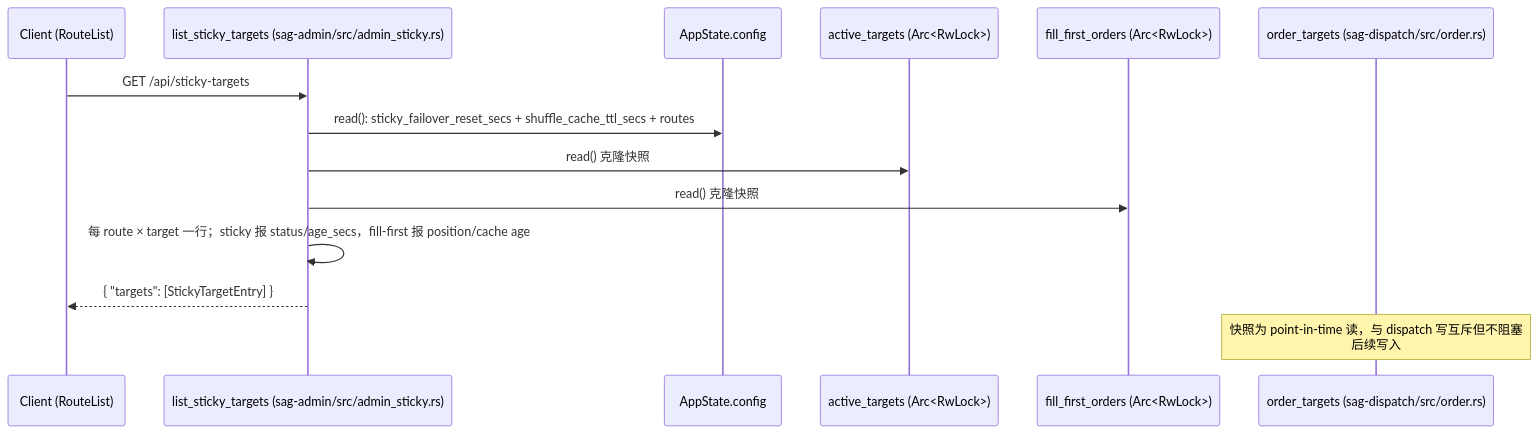
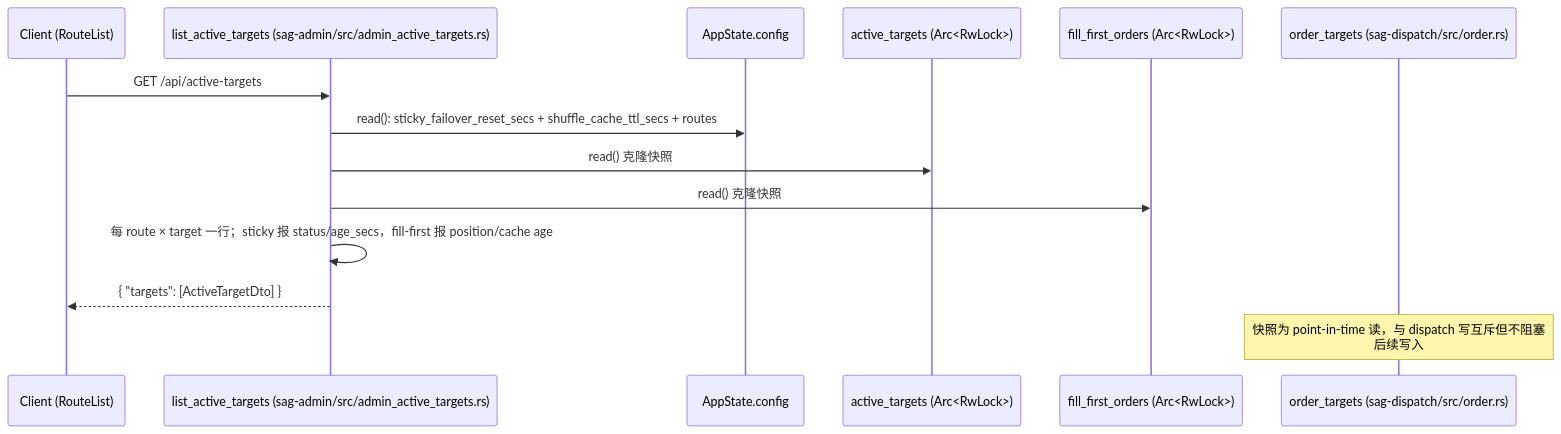
The first of 2 diagrams in docs/spec/sticky-targets-observability/spec.md (rainbowatcher/sag), drawn with Mermaid before and after one commit. The commit also changed other lines of this file and 10 other files, not shown here.

First line of the commit message:
refactor(admin,ui,docs): rename sticky-targets endpoint to active-targets

````diff
--- a/docs/spec/sticky-targets-observability/spec.md
+++ b/docs/spec/sticky-targets-observability/spec.md
@@ -53,17 +53,17 @@
 ```mermaid
 sequenceDiagram
     participant C as Client (RouteList)
-    participant H as list_sticky_targets (sag-admin/src/admin_sticky.rs)
+    participant H as list_active_targets (sag-admin/src/admin_active_targets.rs)
     participant CFG as AppState.config
     participant AT as active_targets (Arc<RwLock>)
     participant FO as fill_first_orders (Arc<RwLock>)
     participant OD as order_targets (sag-dispatch/src/order.rs)
 
-    C->>H: GET /api/sticky-targets
+    C->>H: GET /api/active-targets
     H->>CFG: read(): sticky_failover_reset_secs + shuffle_cache_ttl_secs + routes
     H->>AT: read() 克隆快照
     H->>FO: read() 克隆快照
     H->>H: 每 route × target 一行；sticky 报 status/age_secs，fill-first 报 position/cache age
-    H-->>C: { "targets": [StickyTargetEntry] }
+    H-->>C: { "targets": [ActiveTargetDto] }
     Note over OD: 快照为 point-in-time 读，与 dispatch 写互斥但不阻塞<br/>后续写入
 ```
````
